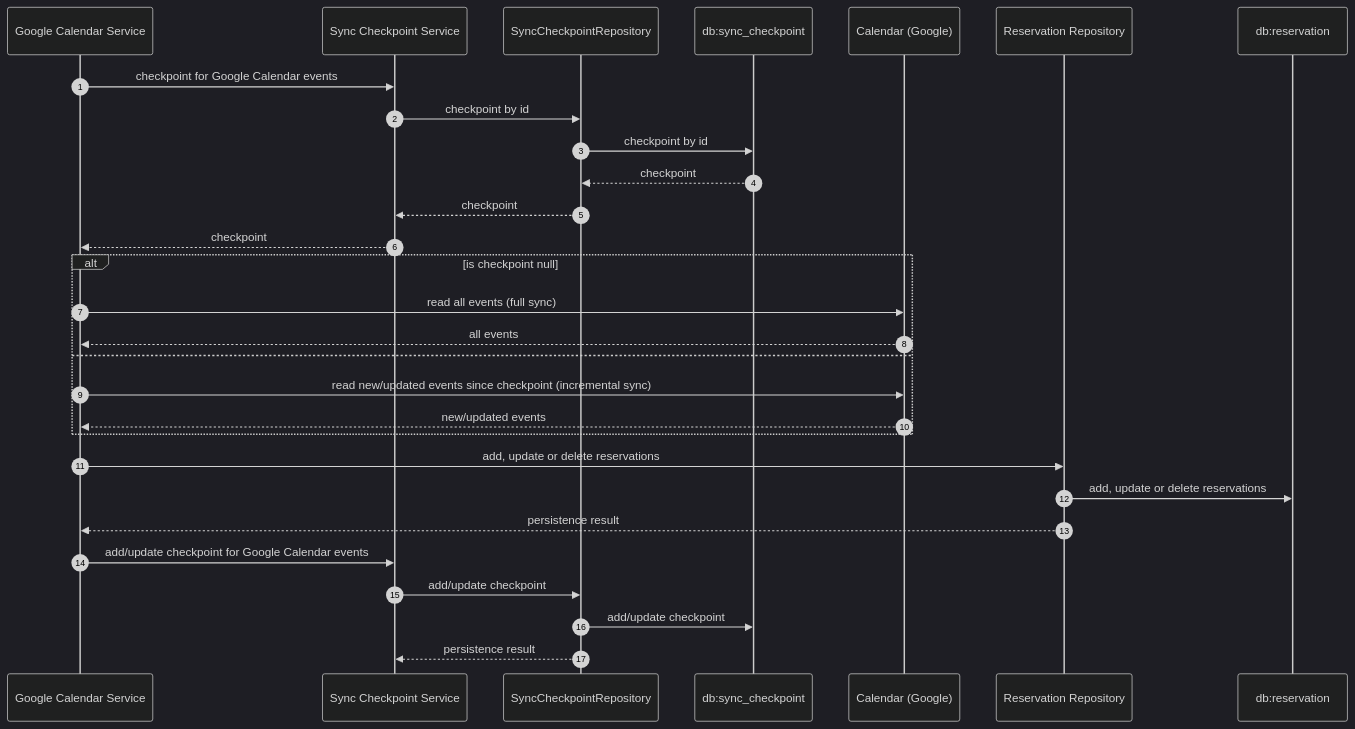
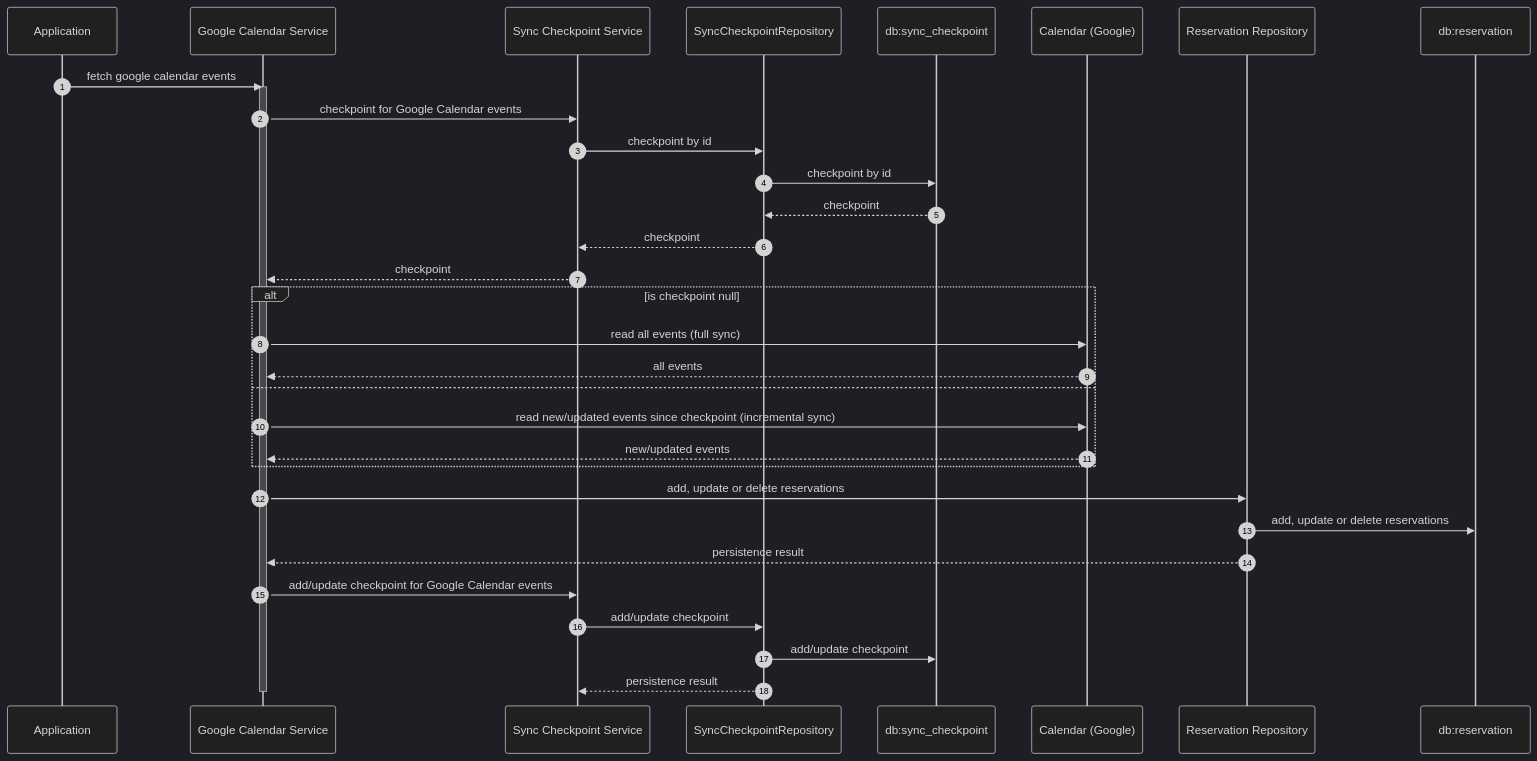
The third of 4 diagrams in docs/solution_architecture.md (ismarslomic/cabin-visits-kotlin), drawn with Mermaid (dark theme) before and after one commit. The commit also changed other lines of this file and 3 other files, not shown here.

Commit message:
docs(architecture): add diagram for Guest Service

````diff
--- a/docs/solution_architecture.md
+++ b/docs/solution_architecture.md
@@ -59,35 +59,39 @@
 ```mermaid
 sequenceDiagram
     autonumber
+    participant Application
     participant GoogleCalendarService as Google Calendar Service
     participant SyncCheckpointService as Sync Checkpoint Service
     participant SyncCheckpointRepository as SyncCheckpointRepository
     participant sync_checkpoint as db:sync_checkpoint
     participant Calendar as Calendar (Google)
     participant ReservationRepository as Reservation Repository
     participant reservation as db:reservation
    
+    Application->>GoogleCalendarService: fetch google calendar events
+    activate GoogleCalendarService
     GoogleCalendarService->>SyncCheckpointService: checkpoint for Google Calendar events
     SyncCheckpointService->>SyncCheckpointRepository: checkpoint by id
     SyncCheckpointRepository->>sync_checkpoint: checkpoint by id
     sync_checkpoint-->>SyncCheckpointRepository: checkpoint
     SyncCheckpointRepository-->>SyncCheckpointService: checkpoint
     SyncCheckpointService-->>GoogleCalendarService: checkpoint
     
     alt is checkpoint null
         GoogleCalendarService->>Calendar: read all events (full sync)
         Calendar-->>GoogleCalendarService: all events
     else
         GoogleCalendarService->>Calendar: read new/updated events since checkpoint (incremental sync)
         Calendar-->>GoogleCalendarService: new/updated events
     end
     
     GoogleCalendarService->>ReservationRepository: add, update or delete reservations
     ReservationRepository->>reservation: add, update or delete reservations
     ReservationRepository-->>GoogleCalendarService: persistence result
     
     GoogleCalendarService->>SyncCheckpointService: add/update checkpoint for Google Calendar events
     SyncCheckpointService->>SyncCheckpointRepository: add/update checkpoint
     SyncCheckpointRepository->>sync_checkpoint: add/update checkpoint
     SyncCheckpointRepository-->>SyncCheckpointService: persistence result
+    deactivate GoogleCalendarService
 ```
````
